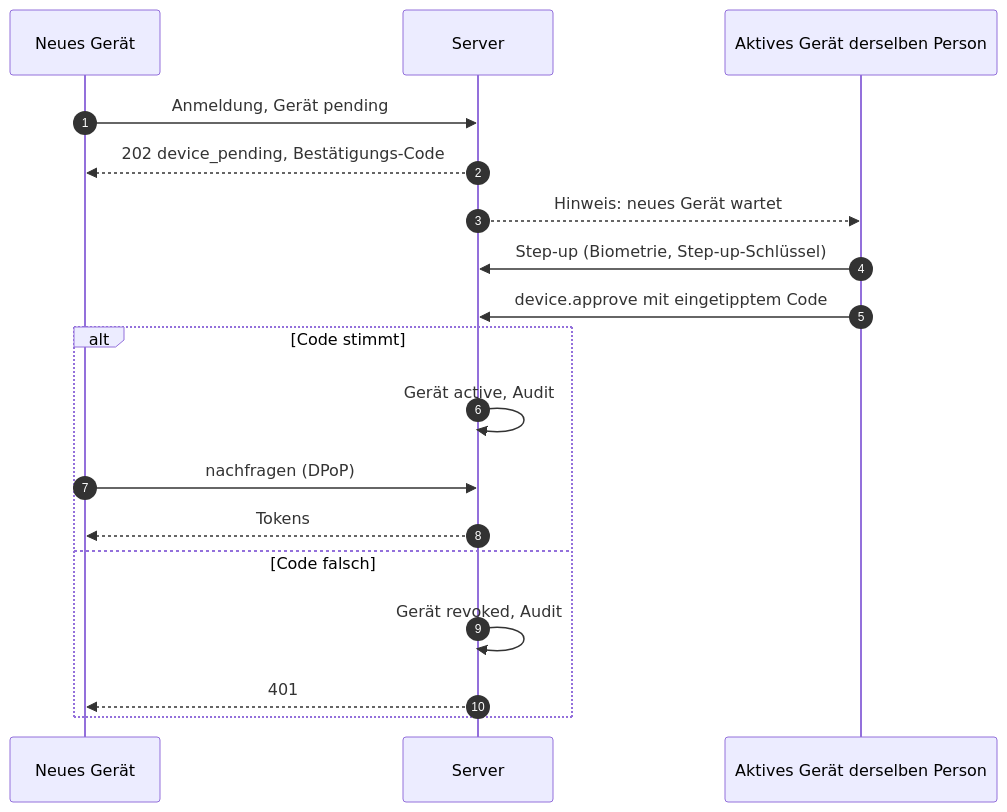
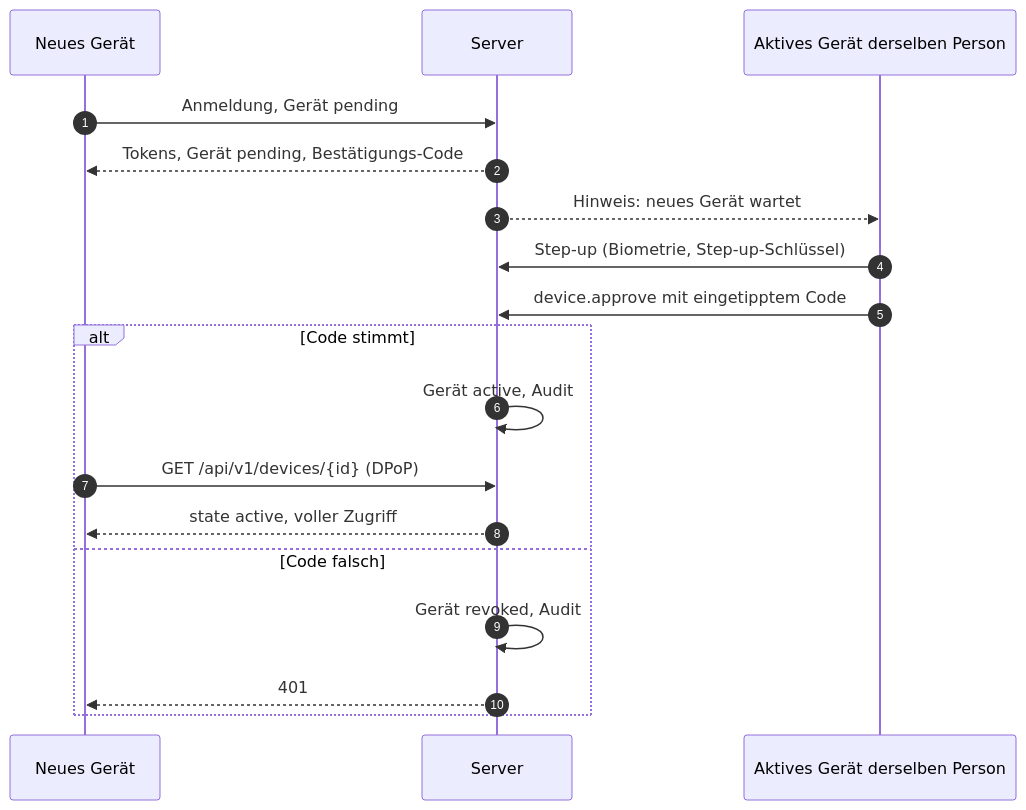
Before and after one commit to mguttmann/bothy: the second of 3 diagrams in docs/spec/08-identitaet.md, drawn with Mermaid. The commit also changed other lines of this file and 91 other files, not shown here.

````diff
--- a/docs/spec/08-identitaet.md
+++ b/docs/spec/08-identitaet.md
@@ -570,20 +582,20 @@
 ```mermaid
 sequenceDiagram
     autonumber
     participant N as Neues Gerät
     participant S as Server
     participant G as Aktives Gerät derselben Person
     N->>S: Anmeldung, Gerät pending
-    S-->>N: 202 device_pending, Bestätigungs-Code
+    S-->>N: Tokens, Gerät pending, Bestätigungs-Code
     S-->>G: Hinweis: neues Gerät wartet
     G->>S: Step-up (Biometrie, Step-up-Schlüssel)
     G->>S: device.approve mit eingetipptem Code
     alt Code stimmt
         S->>S: Gerät active, Audit
-        N->>S: nachfragen (DPoP)
-        S-->>N: Tokens
+        N->>S: GET /api/v1/devices/{id} (DPoP)
+        S-->>N: state active, voller Zugriff
     else Code falsch
         S->>S: Gerät revoked, Audit
         S-->>N: 401
     end
 ```
````
